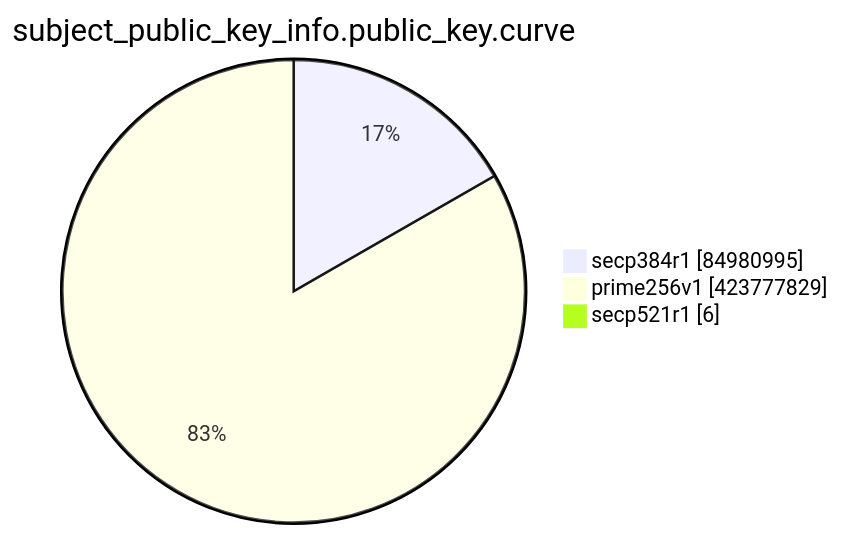
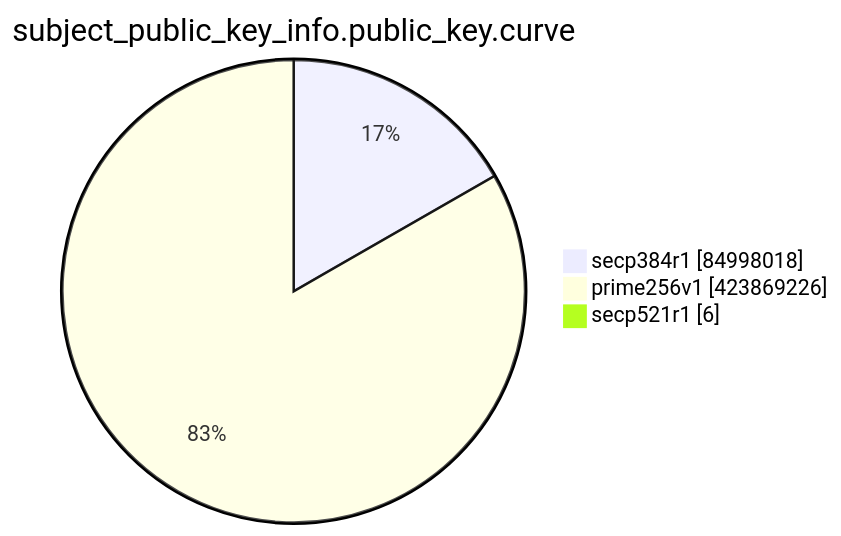
Before and after one commit to christiankrug/ctmonitor_visualization: the eighth of 15 diagrams in TOTAL/README.md, drawn with Mermaid. The commit also changed other lines of this file, not shown here.

````diff
--- a/TOTAL/README.md
+++ b/TOTAL/README.md
@@ -3099,7 +3099,7 @@
 ```mermaid
 pie showData
 title subject_public_key_info.public_key.curve
-"secp384r1" :84980995
-"prime256v1" :423777829
+"secp384r1" :84998018
+"prime256v1" :423869226
 "secp521r1" :6
 ```
````
